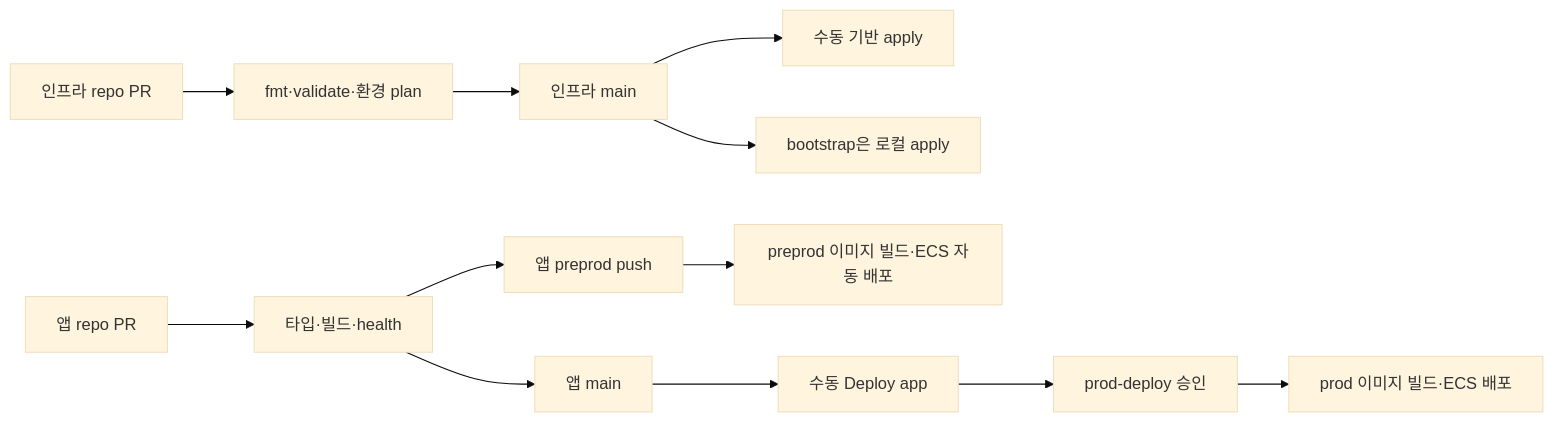
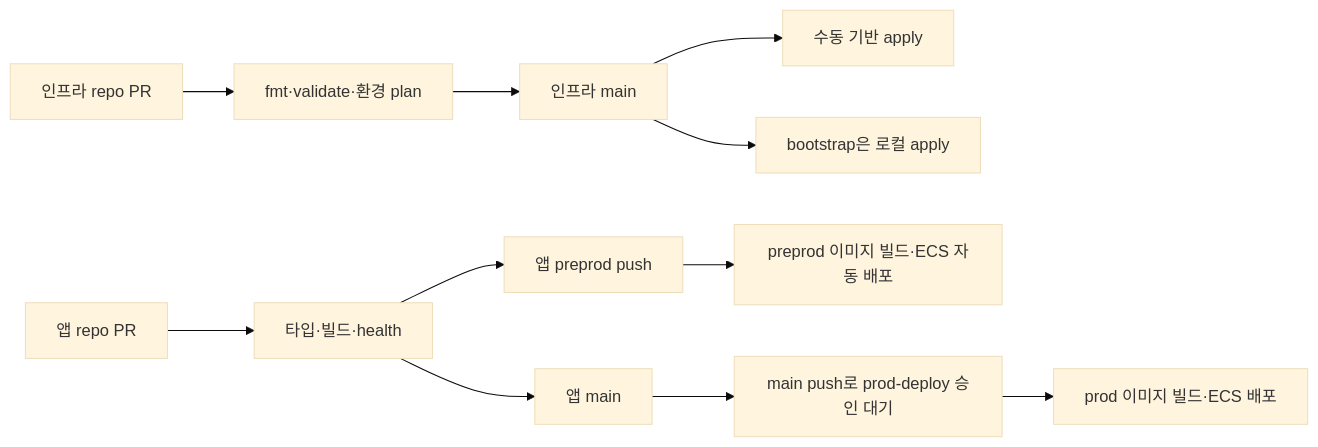
The second of 2 diagrams in docs/architecture.md (ban-dal/aws-ecs-fullstack-app), drawn with Mermaid (base theme) before and after one commit. The commit also changed 3 other files, not shown here.

````diff
--- a/docs/architecture.md
+++ b/docs/architecture.md
@@ -43,14 +43,13 @@
 ```mermaid
 flowchart LR
   InfraPR[인프라 repo PR] --> Plan[fmt·validate·환경 plan]
   Plan --> InfraMain[인프라 main]
   InfraMain --> Foundation[수동 기반 apply]
   InfraMain --> Bootstrap[bootstrap은 로컬 apply]
   AppPR[앱 repo PR] --> AppCheck[타입·빌드·health]
   AppCheck --> Preprod[앱 preprod push]
   Preprod --> PreprodDeploy[preprod 이미지 빌드·ECS 자동 배포]
   AppCheck --> AppMain[앱 main]
-  AppMain --> ProdDispatch[수동 Deploy app]
-  ProdDispatch --> ProdApproval[prod-deploy 승인]
+  AppMain --> ProdApproval[main push로 prod-deploy 승인 대기]
   ProdApproval --> ProdDeploy[prod 이미지 빌드·ECS 배포]
 ```
````
